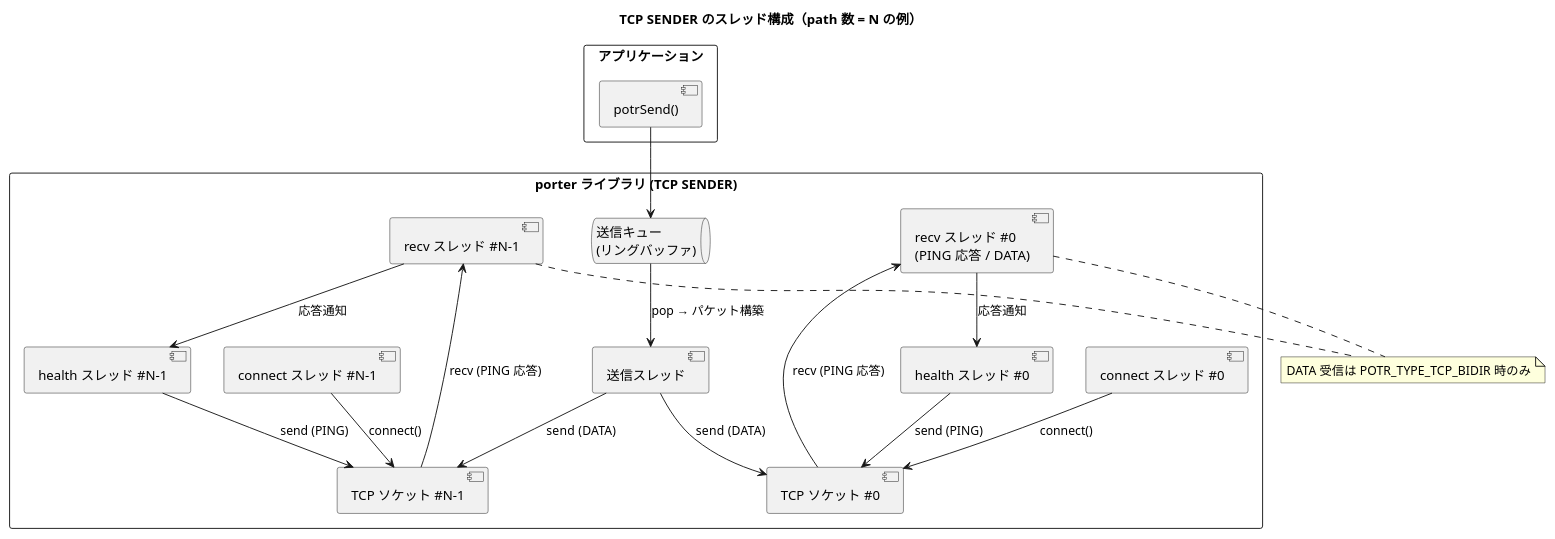
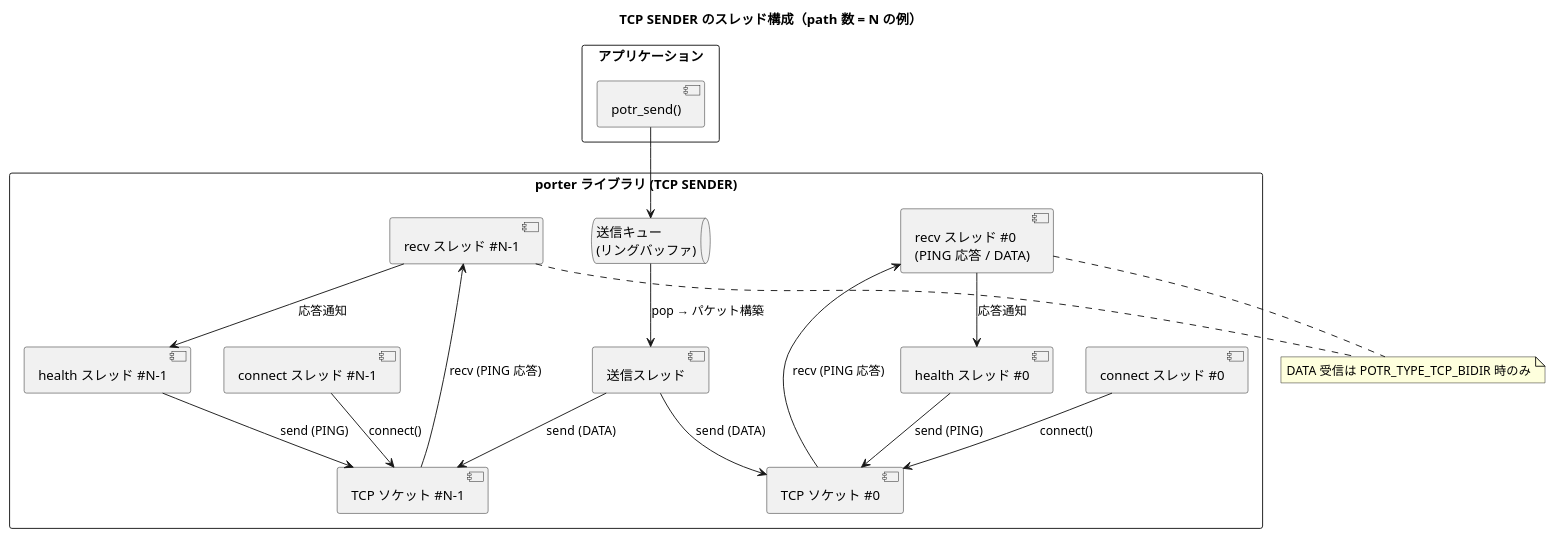
Before and after one commit to Hondarer/app_porter: the fourth of 6 diagrams in docs/architecture.md, drawn with PlantUML. The commit also changed other lines of this file and 148 other files, not shown here.

````diff
--- a/docs/architecture.md
+++ b/docs/architecture.md
@@ -178,39 +178,39 @@
 ```plantuml
 @startuml TCP SENDER スレッド構成
 title TCP SENDER のスレッド構成（path 数 = N の例）
 
 rectangle "アプリケーション" {
-  [potrSend()]
+  [potr_send()]
 }
 
 rectangle "porter ライブラリ (TCP SENDER)" {
   [connect スレッド #0] as CT0
   [connect スレッド #N-1] as CTN
   queue "送信キュー\n(リングバッファ)" as Q
   [送信スレッド] as ST
   [recv スレッド #0\n(PING 応答 / DATA)] as RT0
   [recv スレッド #N-1] as RTN
   [health スレッド #0] as HT0
   [health スレッド #N-1] as HTN
   [TCP ソケット #0] as S0
   [TCP ソケット #N-1] as SN
 }
 
-[potrSend()] --> Q
+[potr_send()] --> Q
 CT0 --> S0 : connect()
 CTN --> SN : connect()
 Q --> ST : pop → パケット構築
 ST --> S0 : send (DATA)
 ST --> SN : send (DATA)
 HT0 --> S0 : send (PING)
 HTN --> SN : send (PING)
 RT0 <-- S0 : recv (PING 応答)
 RTN <-- SN : recv (PING 応答)
 RT0 --> HT0 : 応答通知
 RTN --> HTN : 応答通知
 
 note "DATA 受信は POTR_TYPE_TCP_BIDIR 時のみ" as NOTE
 RT0 .. NOTE
 RTN .. NOTE
 @enduml
 ```
````
